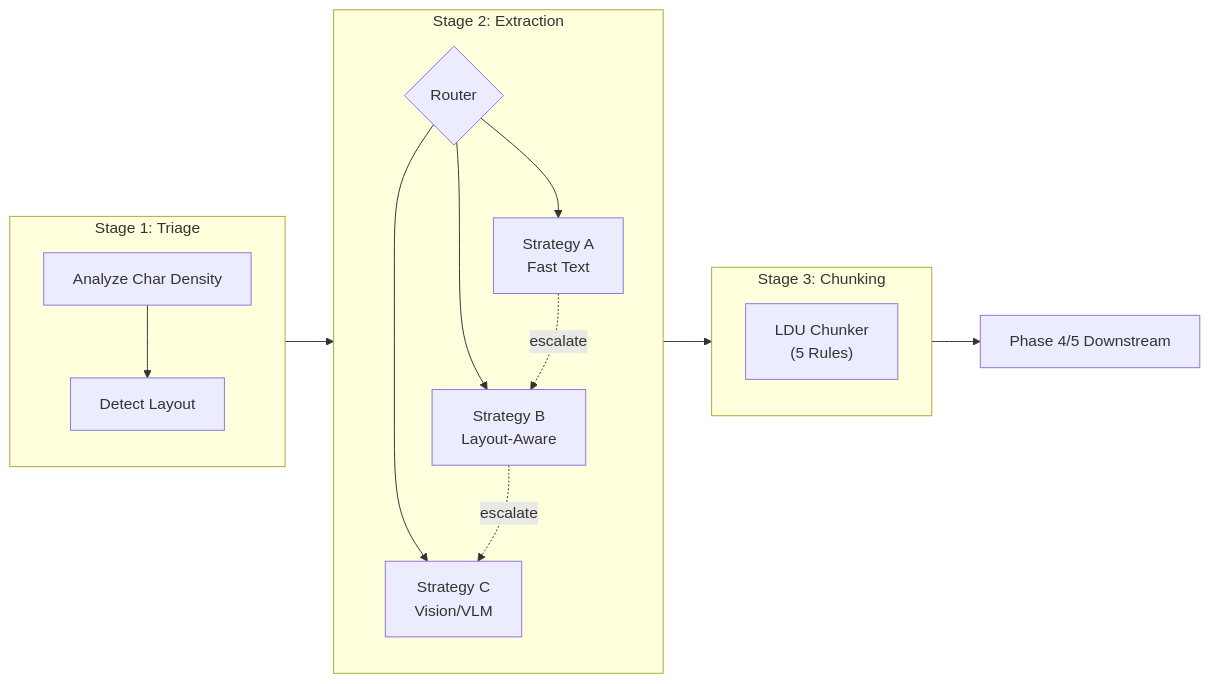
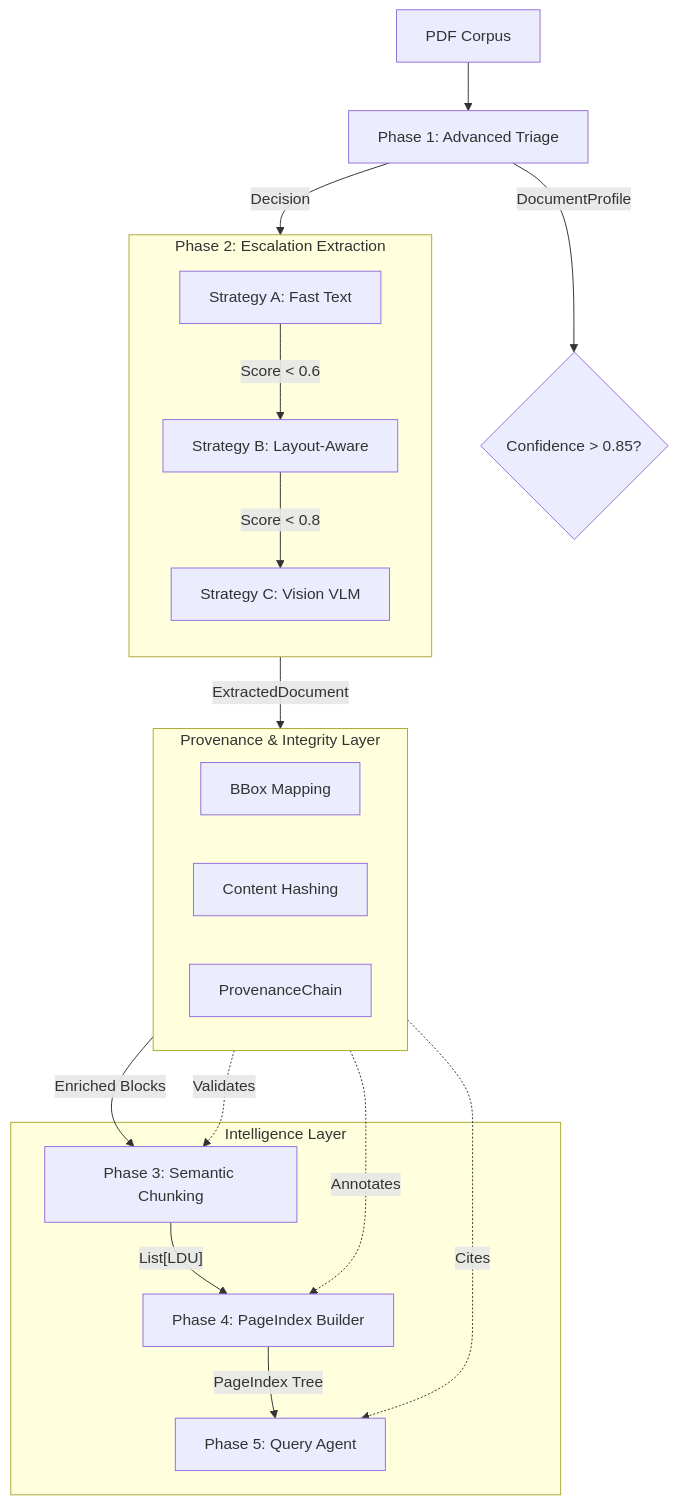
Before and after one commit to Mistire/document-intelligence-refinery: the diagram in INTERIM_REPORT.md, drawn with Mermaid. The commit also changed other lines of this file and 21 other files, not shown here.

Commit message:
fix: feat: upgrade triage and extraction with escalation guard and metadata

````diff
--- a/INTERIM_REPORT.md
+++ b/INTERIM_REPORT.md
@@ -46,23 +20,32 @@
 ```mermaid
-flowchart LR
-    subgraph STAGE1["Stage 1: Triage"]
+graph TD
+    DOC[PDF Corpus] --> STAGE1[Phase 1: Advanced Triage]
+    STAGE1 -- "DocumentProfile" --> CONF{Confidence > 0.85?}
+
+    subgraph STAGE2[Phase 2: Escalation Extraction]
         direction TB
-        T1["Analyze Char Density"] --> T2["Detect Layout"]
+        A[Strategy A: Fast Text] -- "Score < 0.6" --> B[Strategy B: Layout-Aware]
+        B -- "Score < 0.8" --> C[Strategy C: Vision VLM]
     end
 
-    subgraph STAGE2["Stage 2: Extraction"]
-        direction TB
-        ROUTER{"Router"} --> SA["Strategy A\nFast Text"]
-        ROUTER --> SB["Strategy B\nLayout-Aware"]
-        ROUTER --> SC["Strategy C\nVision/VLM"]
-        SA -. escalate .-> SB
-        SB -. escalate .-> SC
+    STAGE1 -- Decision --> A
+
+    subgraph PROV[Provenance & Integrity Layer]
+        BBOX[BBox Mapping]
+        HASH[Content Hashing]
+        CHAIN[ProvenanceChain]
     end
 
-    subgraph STAGE3["Stage 3: Chunking"]
-        direction TB
-        LDU["LDU Chunker\n(5 Rules)"]
+    STAGE2 -- "ExtractedDocument" --> PROV
+    PROV -- "Enriched Blocks" --> STAGE3[Phase 3: Semantic Chunking]
+
+    subgraph DOWNSTREAM[Intelligence Layer]
+        STAGE3 -- "List[LDU]" --> STAGE4[Phase 4: PageIndex Builder]
+        STAGE4 -- "PageIndex Tree" --> STAGE5[Phase 5: Query Agent]
     end
 
-    STAGE1 --> STAGE2 --> STAGE3 --> FINALIZE["Phase 4/5 Downstream"]
+    %% Cross-cutting notation
+    PROV -. Validates .-> STAGE3
+    PROV -. Annotates .-> STAGE4
+    PROV -. Cites .-> STAGE5
 ```
````
